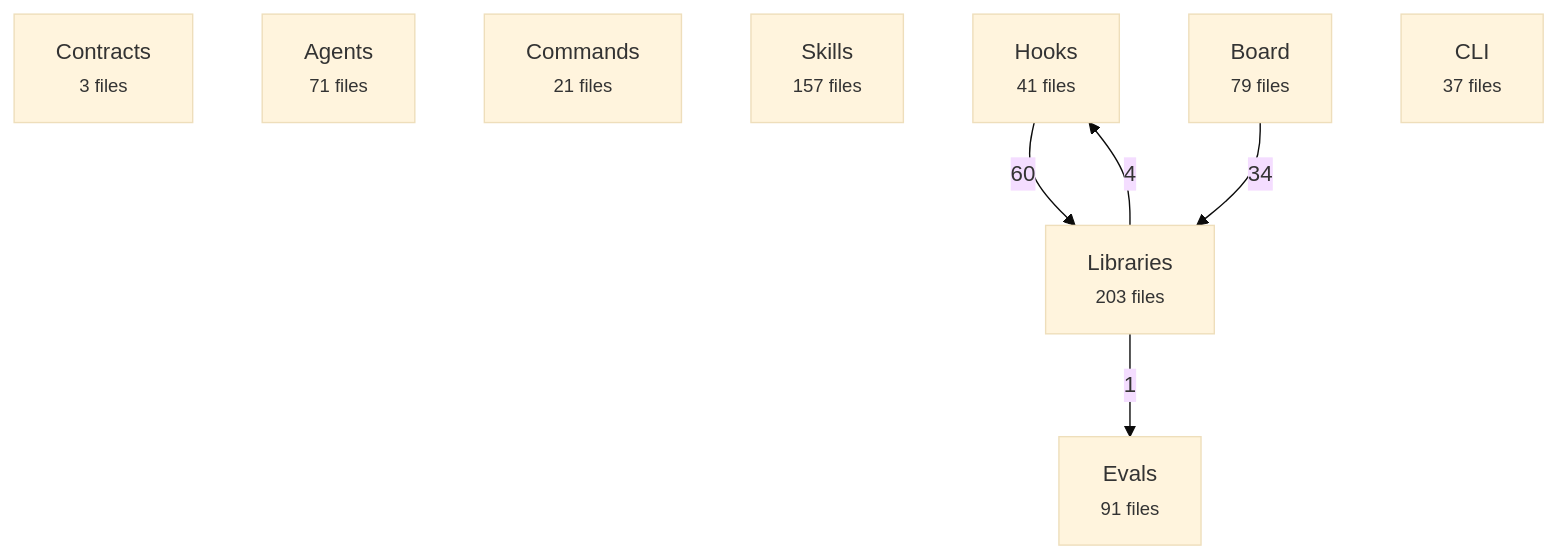
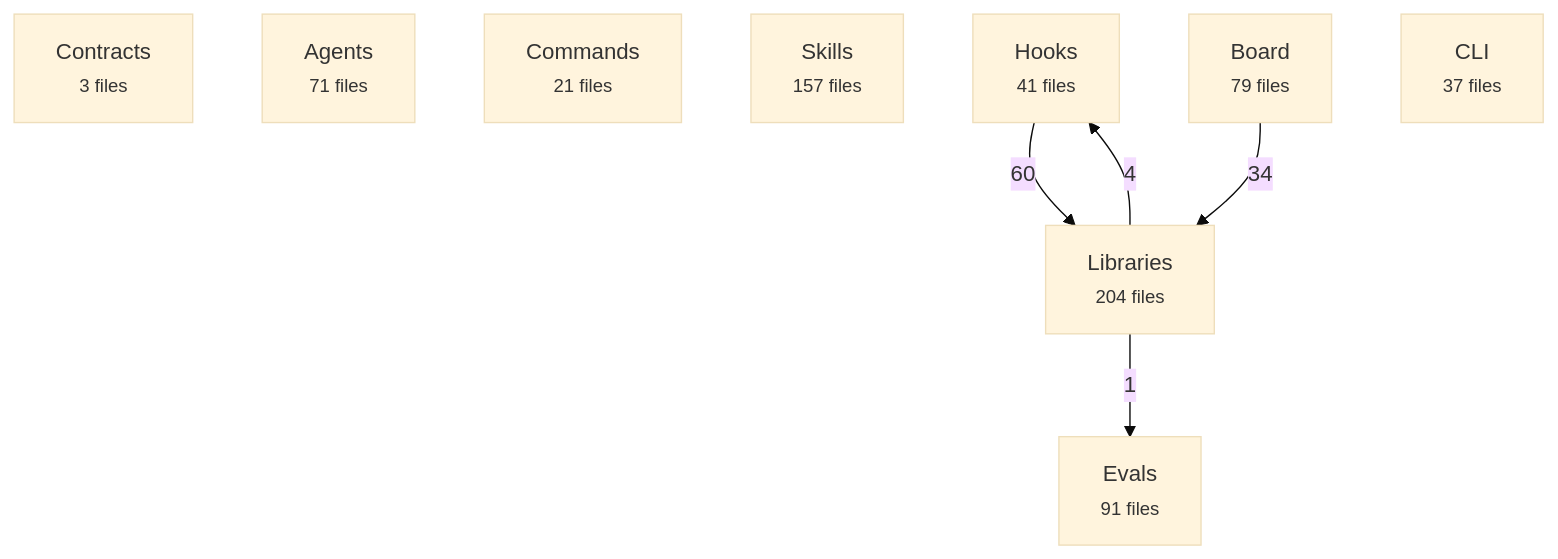
Before and after one commit to avelikiy/great_cto: the first of 2 diagrams in docs/reference/architecture-map.md, drawn with Mermaid (base theme). The commit also changed other lines of this file and 3 other files, not shown here.

````diff
--- a/docs/reference/architecture-map.md
+++ b/docs/reference/architecture-map.md
@@ -20,16 +20,16 @@
 ```mermaid
 flowchart TD
   contracts["Contracts<br/><small>3 files</small>"]
   agents["Agents<br/><small>71 files</small>"]
   commands["Commands<br/><small>21 files</small>"]
   skills["Skills<br/><small>157 files</small>"]
   hooks["Hooks<br/><small>41 files</small>"]
-  libs["Libraries<br/><small>203 files</small>"]
+  libs["Libraries<br/><small>204 files</small>"]
   board["Board<br/><small>79 files</small>"]
   cli["CLI<br/><small>37 files</small>"]
   evals["Evals<br/><small>91 files</small>"]
   hooks -->|60| libs
   board -->|34| libs
   libs -->|4| hooks
   libs -->|1| evals
 ```
````
